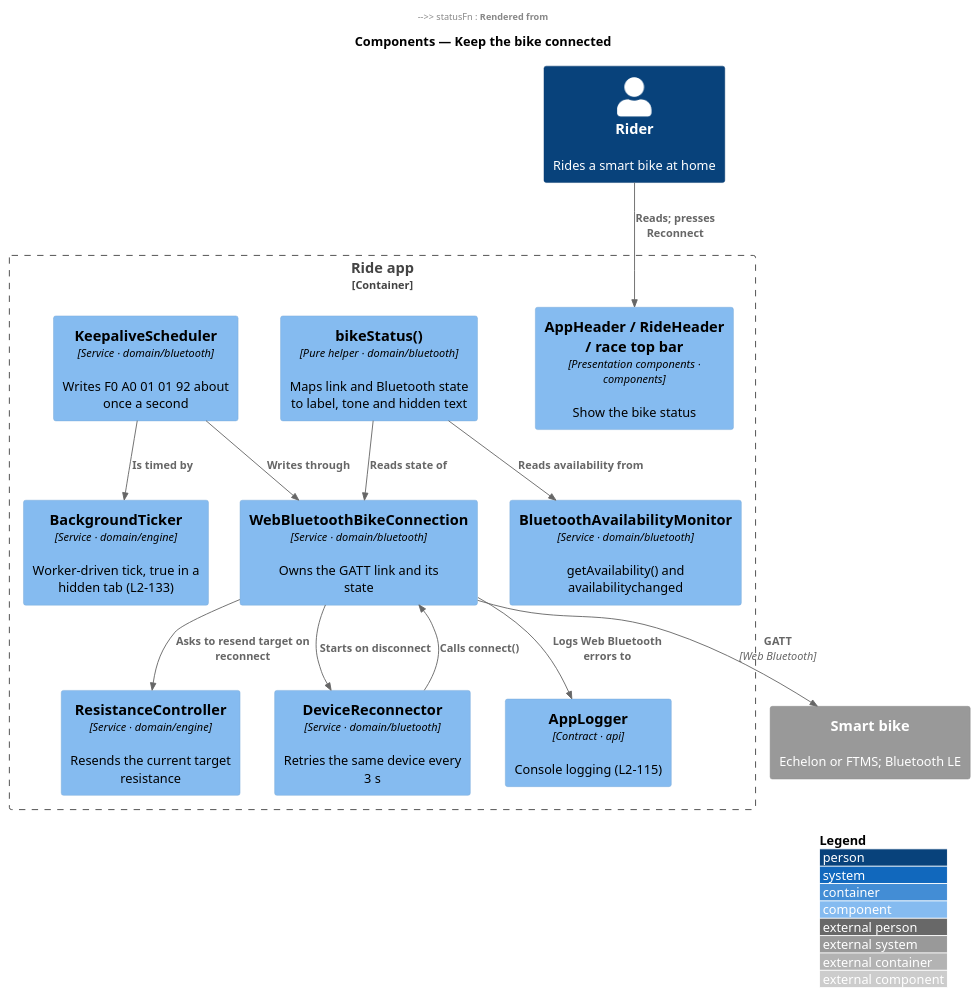
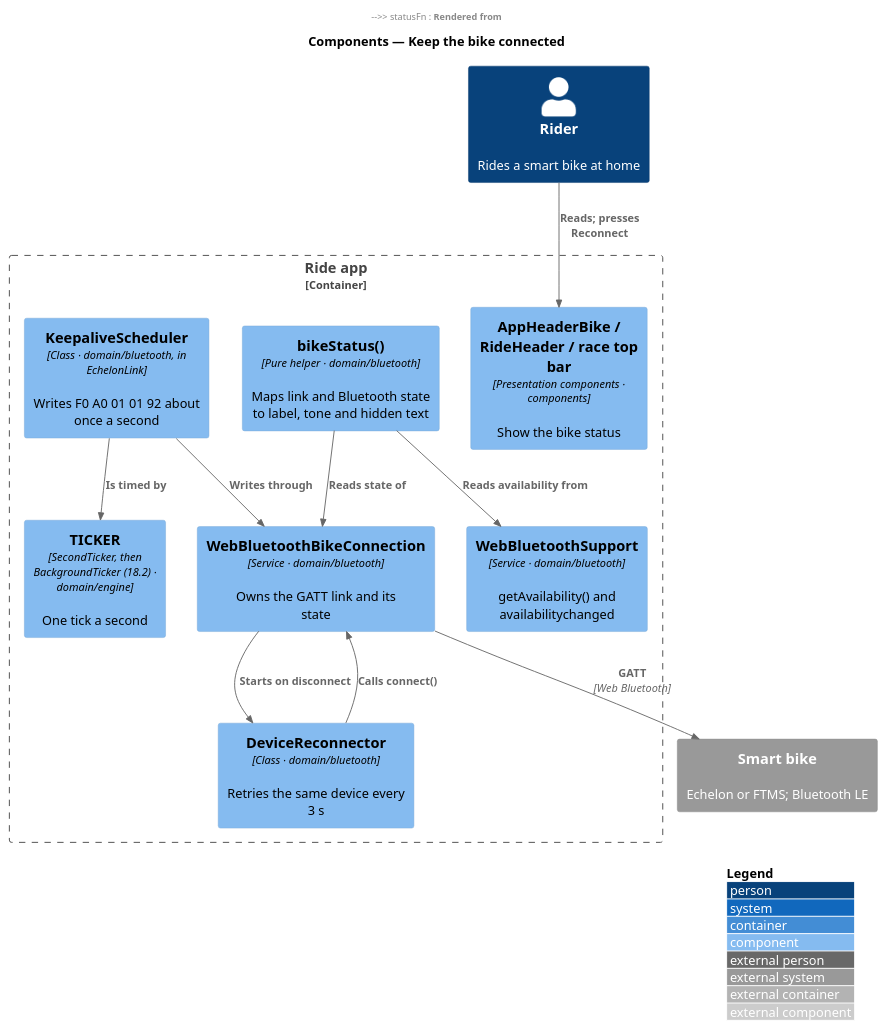
The diagram in docs/detailed-designs/bike/keep-the-bike-connected/diagrams/c4-component.puml (QuinntyneBrown/ride-one), drawn with PlantUML before and after one commit. The commit also changed 10 other files, not shown here.

```diff
--- a/docs/detailed-designs/bike/keep-the-bike-connected/diagrams/c4-component.puml
+++ b/docs/detailed-designs/bike/keep-the-bike-connected/diagrams/c4-component.puml
@@ -1,29 +1,25 @@
 @startuml
 !include <C4/C4_Component>
 LAYOUT_WITH_LEGEND()
 title Components — Keep the bike connected
 Person(rider, "Rider", "Rides a smart bike at home")
 System_Ext(bike, "Smart bike", "Echelon or FTMS; Bluetooth LE")
 Container_Boundary(app, "Ride app") {
-  Component(header, "AppHeader / RideHeader / race top bar", "Presentation components · components", "Show the bike status")
+  Component(header, "AppHeaderBike / RideHeader / race top bar", "Presentation components · components", "Show the bike status")
   Component(statusFn, "bikeStatus()", "Pure helper · domain/bluetooth", "Maps link and Bluetooth state to label, tone and hidden text")
   Component(conn, "WebBluetoothBikeConnection", "Service · domain/bluetooth", "Owns the GATT link and its state")
-  Component(keep, "KeepaliveScheduler", "Service · domain/bluetooth", "Writes F0 A0 01 01 92 about once a second")
-  Component(recon, "DeviceReconnector", "Service · domain/bluetooth", "Retries the same device every 3 s")
-  Component(avail, "BluetoothAvailabilityMonitor", "Service · domain/bluetooth", "getAvailability() and availabilitychanged")
-  Component(ticker, "BackgroundTicker", "Service · domain/engine", "Worker-driven tick, true in a hidden tab (L2-133)")
-  Component(res, "ResistanceController", "Service · domain/engine", "Resends the current target resistance")
-  Component(log, "AppLogger", "Contract · api", "Console logging (L2-115)")
+  Component(keep, "KeepaliveScheduler", "Class · domain/bluetooth, in EchelonLink", "Writes F0 A0 01 01 92 about once a second")
+  Component(recon, "DeviceReconnector", "Class · domain/bluetooth", "Retries the same device every 3 s")
+  Component(avail, "WebBluetoothSupport", "Service · domain/bluetooth", "getAvailability() and availabilitychanged")
+  Component(ticker, "TICKER", "SecondTicker, then BackgroundTicker (18.2) · domain/engine", "One tick a second")
 }
 Rel(rider, header, "Reads; presses Reconnect")
 Rel(header, statusFn, "Rendered from")
 Rel(statusFn, conn, "Reads state of")
 Rel(statusFn, avail, "Reads availability from")
 Rel(keep, ticker, "Is timed by")
 Rel(keep, conn, "Writes through")
 Rel(conn, recon, "Starts on disconnect")
 Rel(recon, conn, "Calls connect()")
-Rel(conn, res, "Asks to resend target on reconnect")
-Rel(conn, log, "Logs Web Bluetooth errors to")
 Rel(conn, bike, "GATT", "Web Bluetooth")
 @enduml
```
